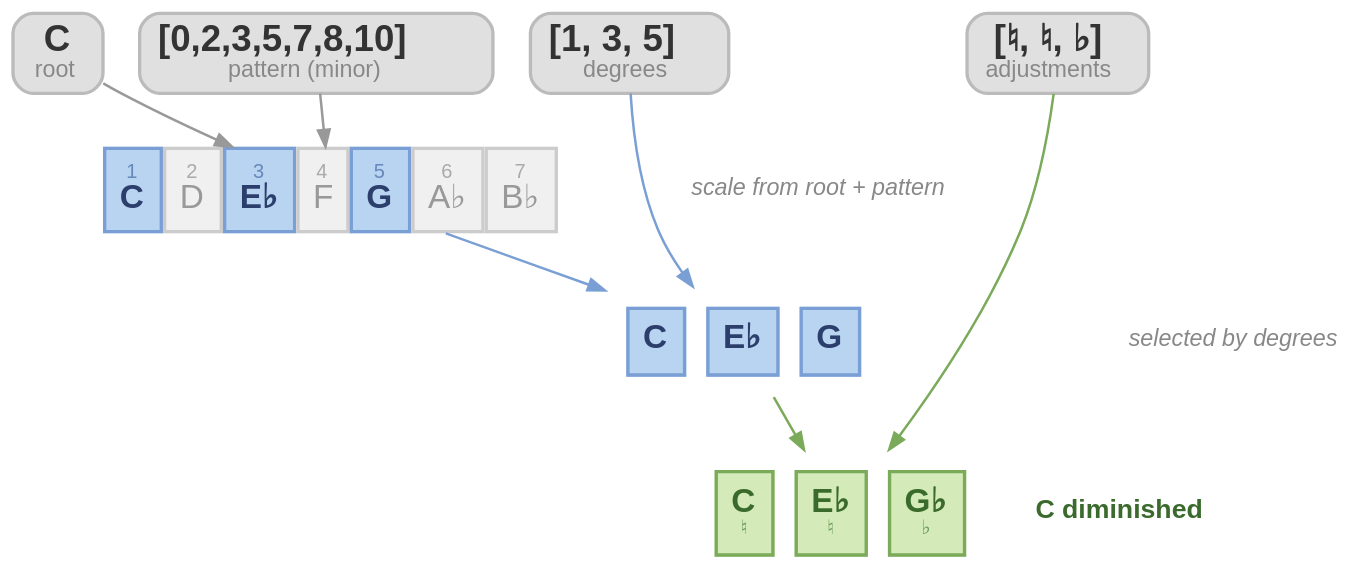
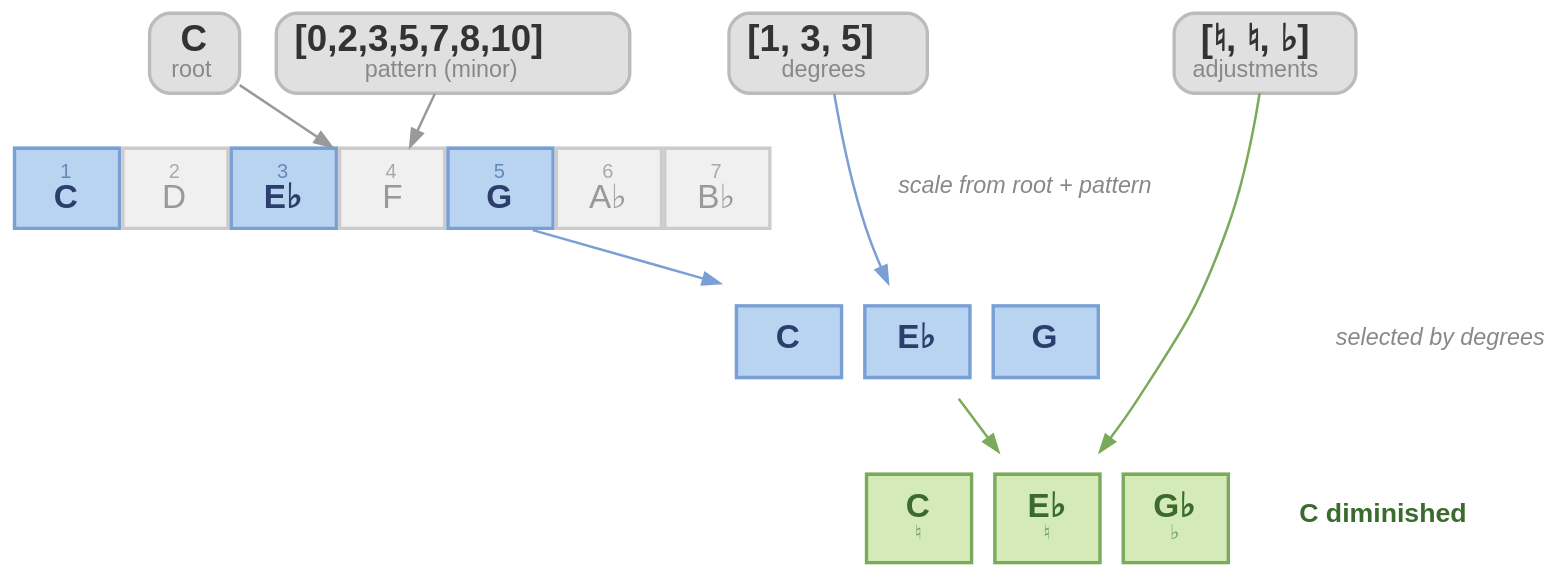
The diagram in chord_formation.dot (vasilescur/jazz-engine), drawn with Graphviz before and after one commit. The commit also changed 3 other files, not shown here.

Commit message:
Uniform note box widths in chord diagram, full width

```diff
--- a/chord_formation.dot
+++ b/chord_formation.dot
@@ -1,122 +1,122 @@
 digraph chord_formation {
     rankdir=TB
     bgcolor="transparent"
     pad=0.4
     nodesep=0.3
     ranksep=0.45
 
     node [fontname="Helvetica"]
     edge [fontname="Helvetica"]
 
     // --- Row 1: Input fields ---
     root [
         label=<<FONT POINT-SIZE="22" COLOR="#333333"><B>C</B></FONT><BR/><FONT POINT-SIZE="14" COLOR="#888888">root</FONT>>
         shape=box style="filled,rounded"
         fillcolor="#e0e0e0" color="#bbbbbb"
         penwidth=2 margin="0.15,0.08"
     ]
 
     pattern [
         label=<<FONT POINT-SIZE="22" COLOR="#333333"><B>[0,2,3,5,7,8,10]</B></FONT><BR/><FONT POINT-SIZE="14" COLOR="#888888">pattern (minor)</FONT>>
         shape=box style="filled,rounded"
         fillcolor="#e0e0e0" color="#bbbbbb"
         penwidth=2 margin="0.15,0.08"
     ]
 
     degrees [
         label=<<FONT POINT-SIZE="22" COLOR="#333333"><B>[1, 3, 5]</B></FONT><BR/><FONT POINT-SIZE="14" COLOR="#888888">degrees</FONT>>
         shape=box style="filled,rounded"
         fillcolor="#e0e0e0" color="#bbbbbb"
         penwidth=2 margin="0.15,0.08"
     ]
 
     adjustments [
         label=<<FONT POINT-SIZE="22" COLOR="#333333"><B>[♮, ♮, ♭]</B></FONT><BR/><FONT POINT-SIZE="14" COLOR="#888888">adjustments</FONT>>
         shape=box style="filled,rounded"
         fillcolor="#e0e0e0" color="#bbbbbb"
         penwidth=2 margin="0.15,0.08"
     ]
 
     { rank=same; root; pattern; degrees; adjustments; }
 
     // --- Row 2: Generated scale ---
     scale [
         shape=none margin=0
         label=<
         <TABLE BORDER="0" CELLBORDER="2" CELLSPACING="0" CELLPADDING="8">
         <TR>
-            <TD BGCOLOR="#b8d4f0" COLOR="#7a9fd4"><FONT POINT-SIZE="12" COLOR="#6688bb">1</FONT><BR/><FONT POINT-SIZE="20" COLOR="#2c3e6b"><B>C</B></FONT></TD>
-            <TD BGCOLOR="#f0f0f0" COLOR="#cccccc"><FONT POINT-SIZE="12" COLOR="#aaaaaa">2</FONT><BR/><FONT POINT-SIZE="20" COLOR="#999999">D</FONT></TD>
-            <TD BGCOLOR="#b8d4f0" COLOR="#7a9fd4"><FONT POINT-SIZE="12" COLOR="#6688bb">3</FONT><BR/><FONT POINT-SIZE="20" COLOR="#2c3e6b"><B>E♭</B></FONT></TD>
-            <TD BGCOLOR="#f0f0f0" COLOR="#cccccc"><FONT POINT-SIZE="12" COLOR="#aaaaaa">4</FONT><BR/><FONT POINT-SIZE="20" COLOR="#999999">F</FONT></TD>
-            <TD BGCOLOR="#b8d4f0" COLOR="#7a9fd4"><FONT POINT-SIZE="12" COLOR="#6688bb">5</FONT><BR/><FONT POINT-SIZE="20" COLOR="#2c3e6b"><B>G</B></FONT></TD>
-            <TD BGCOLOR="#f0f0f0" COLOR="#cccccc"><FONT POINT-SIZE="12" COLOR="#aaaaaa">6</FONT><BR/><FONT POINT-SIZE="20" COLOR="#999999">A♭</FONT></TD>
-            <TD BGCOLOR="#f0f0f0" COLOR="#cccccc"><FONT POINT-SIZE="12" COLOR="#aaaaaa">7</FONT><BR/><FONT POINT-SIZE="20" COLOR="#999999">B♭</FONT></TD>
+            <TD WIDTH="65" HEIGHT="50" FIXEDSIZE="TRUE" BGCOLOR="#b8d4f0" COLOR="#7a9fd4"><FONT POINT-SIZE="12" COLOR="#6688bb">1</FONT><BR/><FONT POINT-SIZE="20" COLOR="#2c3e6b"><B>C</B></FONT></TD>
+            <TD WIDTH="65" HEIGHT="50" FIXEDSIZE="TRUE" BGCOLOR="#f0f0f0" COLOR="#cccccc"><FONT POINT-SIZE="12" COLOR="#aaaaaa">2</FONT><BR/><FONT POINT-SIZE="20" COLOR="#999999">D</FONT></TD>
+            <TD WIDTH="65" HEIGHT="50" FIXEDSIZE="TRUE" BGCOLOR="#b8d4f0" COLOR="#7a9fd4"><FONT POINT-SIZE="12" COLOR="#6688bb">3</FONT><BR/><FONT POINT-SIZE="20" COLOR="#2c3e6b"><B>E♭</B></FONT></TD>
+            <TD WIDTH="65" HEIGHT="50" FIXEDSIZE="TRUE" BGCOLOR="#f0f0f0" COLOR="#cccccc"><FONT POINT-SIZE="12" COLOR="#aaaaaa">4</FONT><BR/><FONT POINT-SIZE="20" COLOR="#999999">F</FONT></TD>
+            <TD WIDTH="65" HEIGHT="50" FIXEDSIZE="TRUE" BGCOLOR="#b8d4f0" COLOR="#7a9fd4"><FONT POINT-SIZE="12" COLOR="#6688bb">5</FONT><BR/><FONT POINT-SIZE="20" COLOR="#2c3e6b"><B>G</B></FONT></TD>
+            <TD WIDTH="65" HEIGHT="50" FIXEDSIZE="TRUE" BGCOLOR="#f0f0f0" COLOR="#cccccc"><FONT POINT-SIZE="12" COLOR="#aaaaaa">6</FONT><BR/><FONT POINT-SIZE="20" COLOR="#999999">A♭</FONT></TD>
+            <TD WIDTH="65" HEIGHT="50" FIXEDSIZE="TRUE" BGCOLOR="#f0f0f0" COLOR="#cccccc"><FONT POINT-SIZE="12" COLOR="#aaaaaa">7</FONT><BR/><FONT POINT-SIZE="20" COLOR="#999999">B♭</FONT></TD>
         </TR>
         </TABLE>
         >
     ]
 
     scale_label [
         label=<<FONT POINT-SIZE="14" COLOR="#888888"><I>scale from root + pattern</I></FONT>>
         shape=plaintext
     ]
 
     // --- Row 3: Selected notes before adjustment ---
     selected [
         shape=none margin=0
         label=<
         <TABLE BORDER="0" CELLBORDER="2" CELLSPACING="12" CELLPADDING="8">
         <TR>
-            <TD BGCOLOR="#b8d4f0" COLOR="#7a9fd4"><FONT POINT-SIZE="20" COLOR="#2c3e6b"><B>C</B></FONT></TD>
-            <TD BGCOLOR="#b8d4f0" COLOR="#7a9fd4"><FONT POINT-SIZE="20" COLOR="#2c3e6b"><B>E♭</B></FONT></TD>
-            <TD BGCOLOR="#b8d4f0" COLOR="#7a9fd4"><FONT POINT-SIZE="20" COLOR="#2c3e6b"><B>G</B></FONT></TD>
+            <TD WIDTH="65" HEIGHT="45" FIXEDSIZE="TRUE" BGCOLOR="#b8d4f0" COLOR="#7a9fd4"><FONT POINT-SIZE="20" COLOR="#2c3e6b"><B>C</B></FONT></TD>
+            <TD WIDTH="65" HEIGHT="45" FIXEDSIZE="TRUE" BGCOLOR="#b8d4f0" COLOR="#7a9fd4"><FONT POINT-SIZE="20" COLOR="#2c3e6b"><B>E♭</B></FONT></TD>
+            <TD WIDTH="65" HEIGHT="45" FIXEDSIZE="TRUE" BGCOLOR="#b8d4f0" COLOR="#7a9fd4"><FONT POINT-SIZE="20" COLOR="#2c3e6b"><B>G</B></FONT></TD>
         </TR>
         </TABLE>
         >
     ]
 
     selected_label [
         label=<<FONT POINT-SIZE="14" COLOR="#888888"><I>selected by degrees</I></FONT>>
         shape=plaintext
     ]
 
     // --- Row 4: Final chord notes ---
     result [
         shape=none margin=0
         label=<
         <TABLE BORDER="0" CELLBORDER="2" CELLSPACING="12" CELLPADDING="8" STYLE="rounded">
         <TR>
-            <TD BGCOLOR="#d4eab8" COLOR="#7aaa5a"><FONT POINT-SIZE="20" COLOR="#3a6b2c"><B>C</B></FONT><BR/><FONT POINT-SIZE="12" COLOR="#6a9b5a">♮</FONT></TD>
-            <TD BGCOLOR="#d4eab8" COLOR="#7aaa5a"><FONT POINT-SIZE="20" COLOR="#3a6b2c"><B>E♭</B></FONT><BR/><FONT POINT-SIZE="12" COLOR="#6a9b5a">♮</FONT></TD>
-            <TD BGCOLOR="#d4eab8" COLOR="#7aaa5a"><FONT POINT-SIZE="20" COLOR="#3a6b2c"><B>G♭</B></FONT><BR/><FONT POINT-SIZE="12" COLOR="#6a9b5a">♭</FONT></TD>
+            <TD WIDTH="65" HEIGHT="55" FIXEDSIZE="TRUE" BGCOLOR="#d4eab8" COLOR="#7aaa5a"><FONT POINT-SIZE="20" COLOR="#3a6b2c"><B>C</B></FONT><BR/><FONT POINT-SIZE="12" COLOR="#6a9b5a">♮</FONT></TD>
+            <TD WIDTH="65" HEIGHT="55" FIXEDSIZE="TRUE" BGCOLOR="#d4eab8" COLOR="#7aaa5a"><FONT POINT-SIZE="20" COLOR="#3a6b2c"><B>E♭</B></FONT><BR/><FONT POINT-SIZE="12" COLOR="#6a9b5a">♮</FONT></TD>
+            <TD WIDTH="65" HEIGHT="55" FIXEDSIZE="TRUE" BGCOLOR="#d4eab8" COLOR="#7aaa5a"><FONT POINT-SIZE="20" COLOR="#3a6b2c"><B>G♭</B></FONT><BR/><FONT POINT-SIZE="12" COLOR="#6a9b5a">♭</FONT></TD>
         </TR>
         </TABLE>
         >
     ]
 
     result_label [
         label=<<FONT POINT-SIZE="16" COLOR="#3a6b2c"><B>C diminished</B></FONT>>
         shape=plaintext
     ]
 
     // --- Edges ---
     root -> scale [color="#999999" penwidth=1.5]
     pattern -> scale [color="#999999" penwidth=1.5]
 
     degrees -> selected [color="#7a9fd4" penwidth=1.5]
     scale -> selected [color="#7a9fd4" penwidth=1.5]
 
     adjustments -> result [color="#7aaa5a" penwidth=1.5]
     selected -> result [color="#7aaa5a" penwidth=1.5]
 
     // --- Labels positioned beside their rows ---
     { rank=same; scale; scale_label; }
     { rank=same; selected; selected_label; }
     { rank=same; result; result_label; }
 
     // Invisible edges for label positioning
     scale -> scale_label [style=invis]
     selected -> selected_label [style=invis]
     result -> result_label [style=invis]
 }
```
